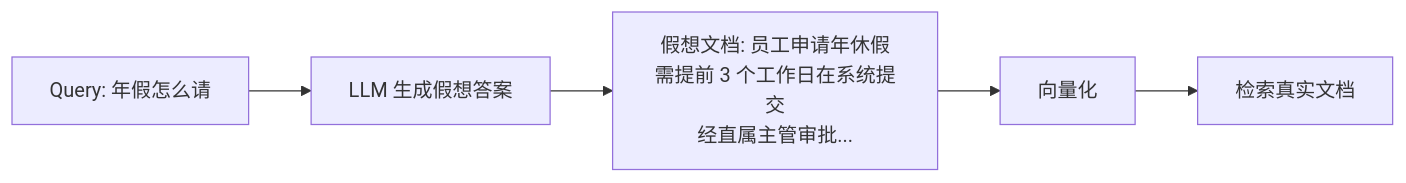
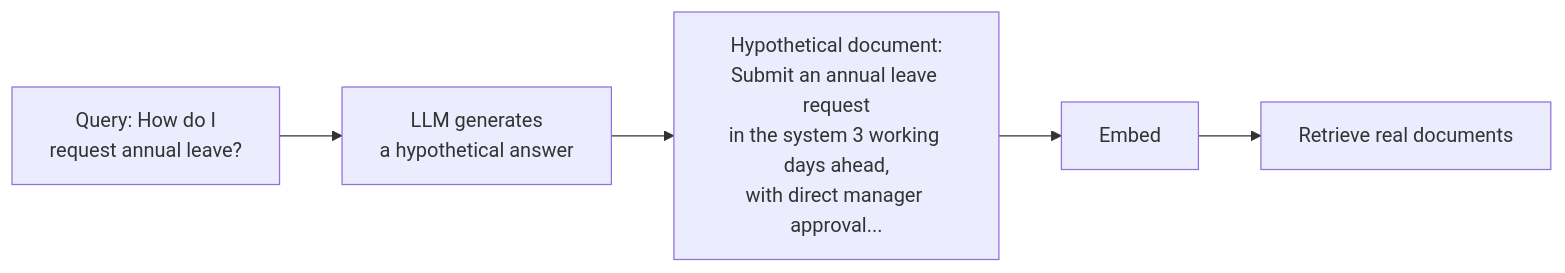
The second of 2 diagrams in docs/rag/03-retrieval/12-query-rewriting.md (oneleaveknowsthefall/awesome-ai-roadmap), drawn with Mermaid before and after one commit. The commit also changed other lines of this file and 60 other files, not shown here.

````diff
--- a/docs/rag/03-retrieval/12-query-rewriting.md
+++ b/docs/rag/03-retrieval/12-query-rewriting.md
@@ -77,7 +81,7 @@
 ```mermaid
 flowchart LR
-    Q[Query: 年假怎么请] --> LLM[LLM 生成假想答案]
-    LLM --> H["假想文档: 员工申请年休假<br/>需提前 3 个工作日在系统提交<br/>经直属主管审批..."]
-    H --> EMB[向量化]
-    EMB --> SEARCH[检索真实文档]
+    Q["Query: How do I<br/>request annual leave?"] --> LLM[LLM generates<br/>a hypothetical answer]
+    LLM --> H["Hypothetical document:<br/>Submit an annual leave request<br/>in the system 3 working days ahead,<br/>with direct manager approval..."]
+    H --> EMB[Embed]
+    EMB --> SEARCH[Retrieve real documents]
 ```
````
